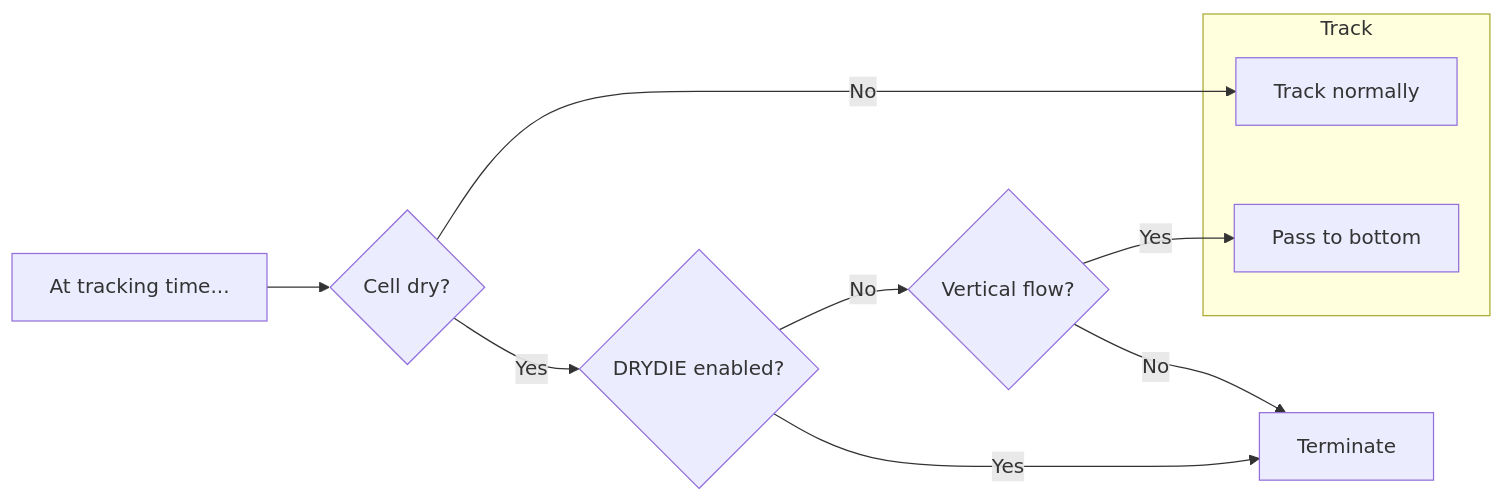
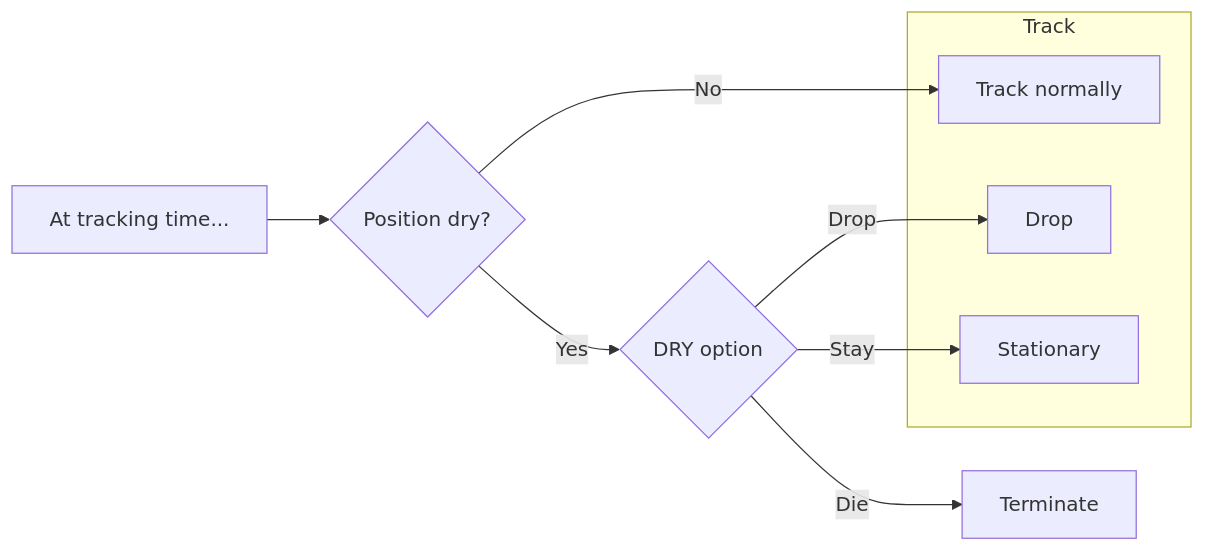
The second of 2 diagrams in src/Solution/ParticleTracker/vertical.md (MODFLOW-USGS/modflow6), drawn with Mermaid before and after one commit. The commit also changed other lines of this file and 1 other file, not shown here.

````diff
--- a/src/Solution/ParticleTracker/vertical.md
+++ b/src/Solution/ParticleTracker/vertical.md
@@ -41,14 +59,15 @@
 ```mermaid
 flowchart LR
-    START[At tracking time...] --> DRY{Cell dry?}
-    DRY --> |No| TRACK[Track normally]
-    DRY --> |Yes| DRYDIE{DRYDIE enabled?}
-    DRYDIE --> |No| VERT{Vertical flow?}
-    DRYDIE --> |Yes| TERMINATE
-    VERT --> |Yes| PASS_TO_BOTTOM[Pass to bottom]
-    VERT --> |No| TERMINATE[Terminate]
+    START[At tracking time...] --> LOCDRY{Position dry?}
+    LOCDRY --> |Yes| DRY{DRY option}
+    LOCDRY --> |No| TRACK[Track normally]
+    DRY --> |Die| TERMINATE[Terminate]
+    DRY --> |Drop| DROP
+    DRY --> |Stay| STAY[Stationary]
+    DROP[Drop]
     subgraph Track
-    PASS_TO_BOTTOM
+    DROP
+    STAY
     TRACK
     end
 ```
````
